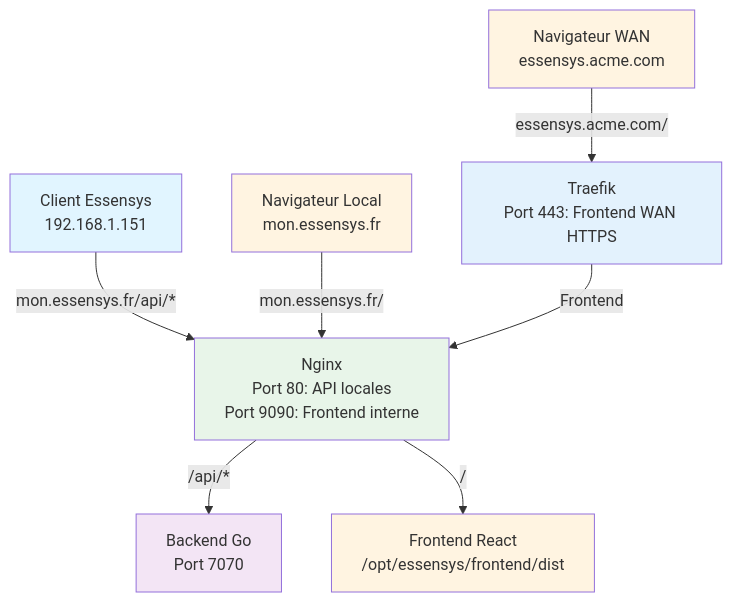
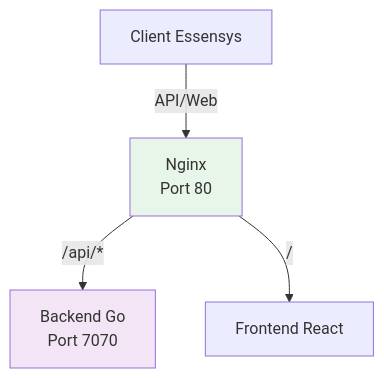
The diagram in docs/installation/essensys-installation.md (essensys-hub/essensys-raspberry-install), drawn with Mermaid before and after one commit. The commit also changed other lines of this file and 8 other files, not shown here.

Commit message:
docs: restructure installation guide into step-by-step journey with timeline TOC and improved typography

````diff
--- a/docs/installation/essensys-installation.md
+++ b/docs/installation/essensys-installation.md
@@ -134,27 +65,14 @@
 ```mermaid
 graph TB
-    Client[Client Essensys<br/>192.168.1.151]
-    BrowserLocal[Navigateur Local<br/>mon.essensys.fr]
-    BrowserWAN[Navigateur WAN<br/>essensys.acme.com]
+    Client[Client Essensys]
+    Nginx[Nginx<br/>Port 80]
+    Backend[Backend Go<br/>Port 7070]
+    Frontend[Frontend React]
     
-    Nginx[Nginx<br/>Port 80: API locales<br/>Port 9090: Frontend interne]
-    Traefik[Traefik<br/>Port 443: Frontend WAN HTTPS]
-    Backend[Backend Go<br/>Port 7070]
-    Frontend[Frontend React<br/>/opt/essensys/frontend/dist]
-    
-    Client -->|mon.essensys.fr/api/*| Nginx
-    BrowserLocal -->|mon.essensys.fr/| Nginx
-    BrowserWAN -->|essensys.acme.com/| Traefik
-    
+    Client -->|API/Web| Nginx
     Nginx -->|/api/*| Backend
     Nginx -->|/| Frontend
-    Traefik -->|Frontend| Nginx
     
-    style Client fill:#e1f5ff
-    style BrowserLocal fill:#fff4e1
-    style BrowserWAN fill:#fff4e1
     style Nginx fill:#e8f5e9
-    style Traefik fill:#e3f2fd
     style Backend fill:#f3e5f5
-    style Frontend fill:#fff4e1
 ```
````
